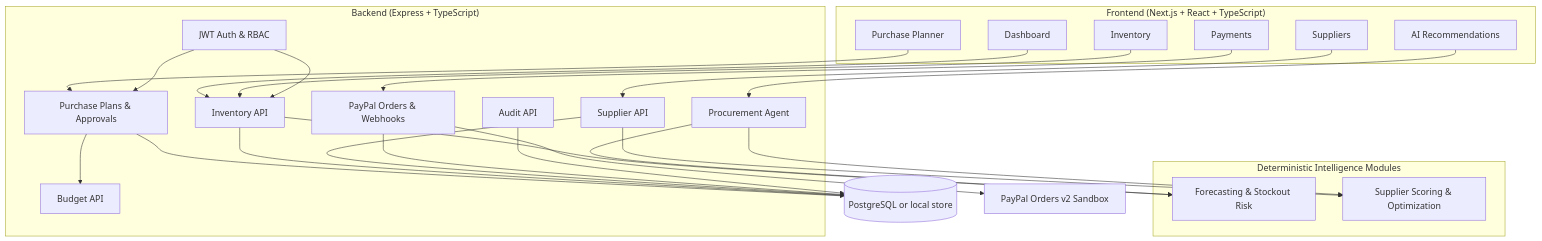
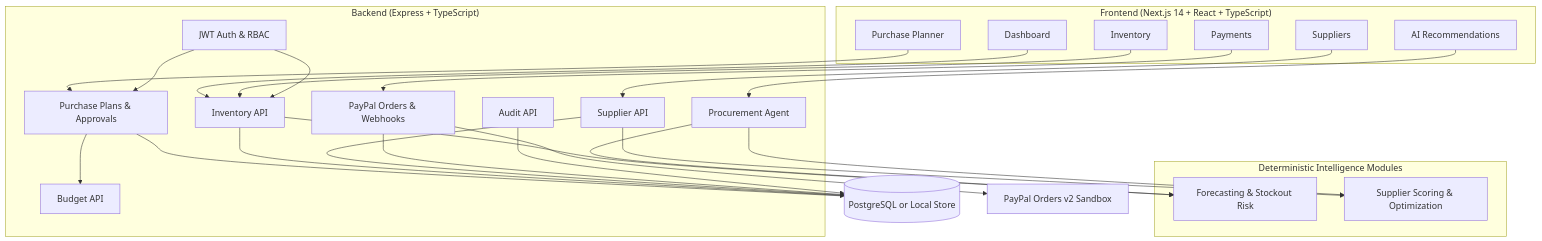
Before and after one commit to kapil31jangid/Stockwise-Pay: the second of 2 diagrams in README.md, drawn with Mermaid. The commit also changed other lines of this file and 5 other files, not shown here.

````diff
--- a/README.md
+++ b/README.md
@@ -107,50 +288,50 @@
 ```mermaid
 flowchart TB
-    subgraph Frontend["Frontend (Next.js + React + TypeScript)"]
+    subgraph Frontend["Frontend (Next.js 14 + React + TypeScript)"]
         Dashboard["Dashboard"]
         Inventory["Inventory"]
         Suppliers["Suppliers"]
         Planner["Purchase Planner"]
         Recommendations["AI Recommendations"]
         Payments["Payments"]
     end
 
     subgraph Backend["Backend (Express + TypeScript)"]
         Auth["JWT Auth & RBAC"]
         InventoryAPI["Inventory API"]
         SupplierAPI["Supplier API"]
         Plans["Purchase Plans & Approvals"]
         Agent["Procurement Agent"]
         Budget["Budget API"]
         PayPal["PayPal Orders & Webhooks"]
         Audit["Audit API"]
     end
 
     subgraph Intelligence["Deterministic Intelligence Modules"]
         Forecast["Forecasting & Stockout Risk"]
         Supplier["Supplier Scoring & Optimization"]
     end
 
-    DB[("PostgreSQL or local store")]
+    DB[("PostgreSQL or Local Store")]
     PaypalCloud["PayPal Orders v2 Sandbox"]
 
     Dashboard --> InventoryAPI
     Inventory --> InventoryAPI
     Suppliers --> SupplierAPI
     Planner --> Plans
     Recommendations --> Agent
     Payments --> PayPal
     Auth --> InventoryAPI
     Auth --> Plans
     InventoryAPI --> Forecast
     SupplierAPI --> Supplier
     Agent --> Forecast
     Agent --> Supplier
     Plans --> Budget
     Plans --> DB
     InventoryAPI --> DB
     SupplierAPI --> DB
     PayPal --> PaypalCloud
     PayPal --> DB
     Audit --> DB
 ```
````
